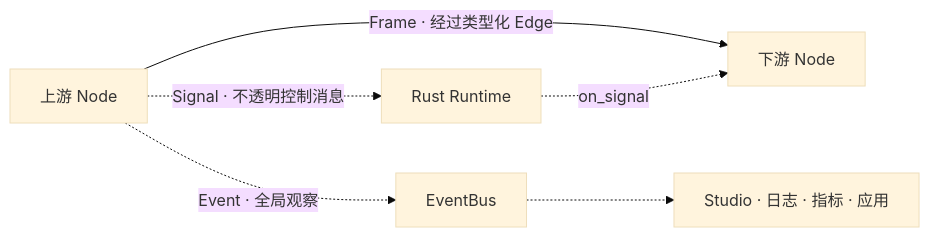
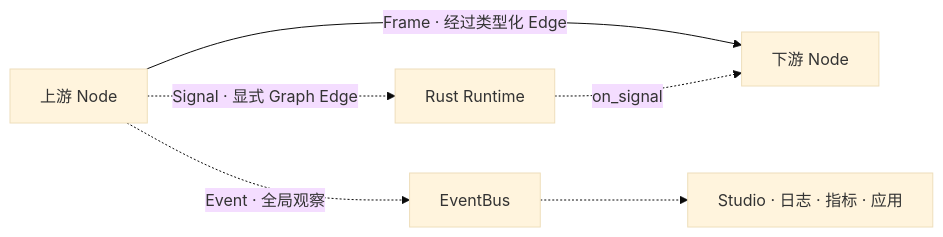
Before and after one commit to PiyotaHu/Voxa: the diagram in docs/site/zh/realtime-control.md, drawn with Mermaid (base theme). The commit also changed other lines of this file and 67 other files, not shown here.

````diff
--- a/docs/site/zh/realtime-control.md
+++ b/docs/site/zh/realtime-control.md
@@ -8,8 +8,8 @@
 ```mermaid
 flowchart LR
     N1["上游 Node"] -->|"Frame · 经过类型化 Edge"| N2["下游 Node"]
-    N1 -.->|"Signal · 不透明控制消息"| R["Rust Runtime"]
+    N1 -.->|"Signal · 显式 Graph Edge"| R["Rust Runtime"]
     N1 -.->|"Event · 全局观察"| B["EventBus"]
     R -.->|"on_signal"| N2
     B -.-> UI["Studio · 日志 · 指标 · 应用"]
 ```
````
